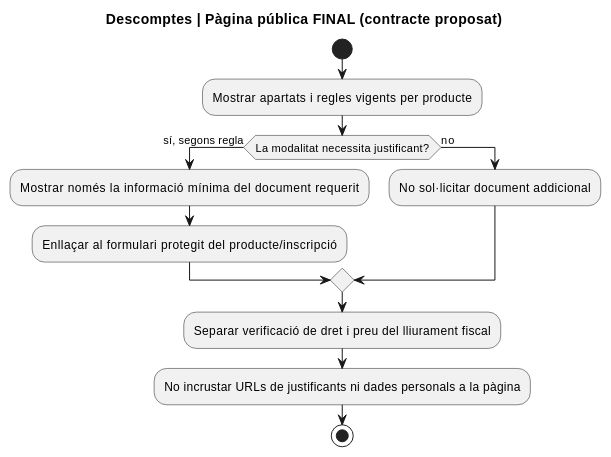
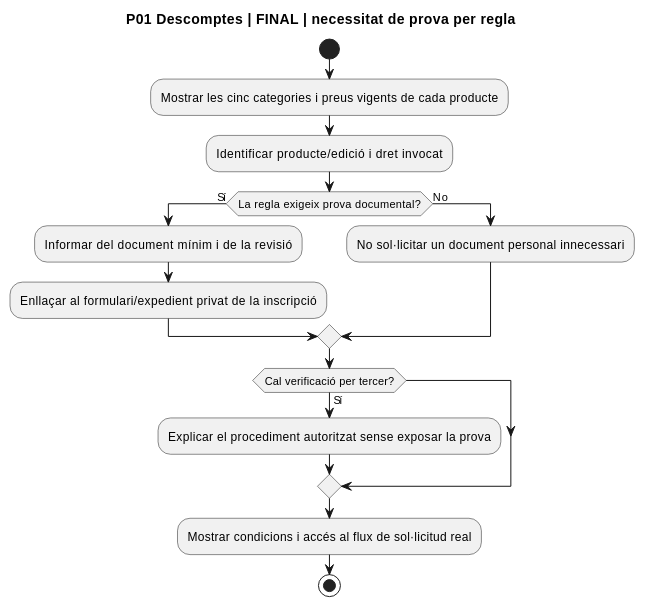
Before and after one commit to orgmeriemprismacat-del/verifactu: the second of 10 diagrams in documentacio/07-uml-integrat/uc-116-activitats-pagines-justificants-actual-final.md, drawn with PlantUML. The commit also changed other lines of this file, not shown here.

Commit message:
docs: complete UC116 page activity diagrams with verified web form and intranet method

````diff
--- a/documentacio/07-uml-integrat/uc-116-activitats-pagines-justificants-actual-final.md
+++ b/documentacio/07-uml-integrat/uc-116-activitats-pagines-justificants-actual-final.md
@@ -44,16 +41,19 @@
 ```plantuml
 @startuml
-title Descomptes | Pàgina pública FINAL (contracte proposat)
+title P01 Descomptes | FINAL | necessitat de prova per regla
 start
-:Mostrar apartats i regles vigents per producte;
-if (La modalitat necessita justificant?) then (sí, segons regla)
-  :Mostrar només la informació mínima del document requerit;
-  :Enllaçar al formulari protegit del producte/inscripció;
-else (no)
-  :No sol·licitar document addicional;
+:Mostrar les cinc categories i preus vigents de cada producte;
+:Identificar producte/edició i dret invocat;
+if (La regla exigeix prova documental?) then (Sí)
+ :Informar del document mínim i de la revisió;
+ :Enllaçar al formulari/expedient privat de la inscripció;
+else (No)
+ :No sol·licitar un document personal innecessari;
 endif
-:Separar verificació de dret i preu del lliurament fiscal;
-:No incrustar URLs de justificants ni dades personals a la pàgina;
+if (Cal verificació per tercer?) then (Sí)
+ :Explicar el procediment autoritzat sense exposar la prova;
+endif
+:Mostrar condicions i accés al flux de sol·licitud real;
 stop
 @enduml
 ```
````
